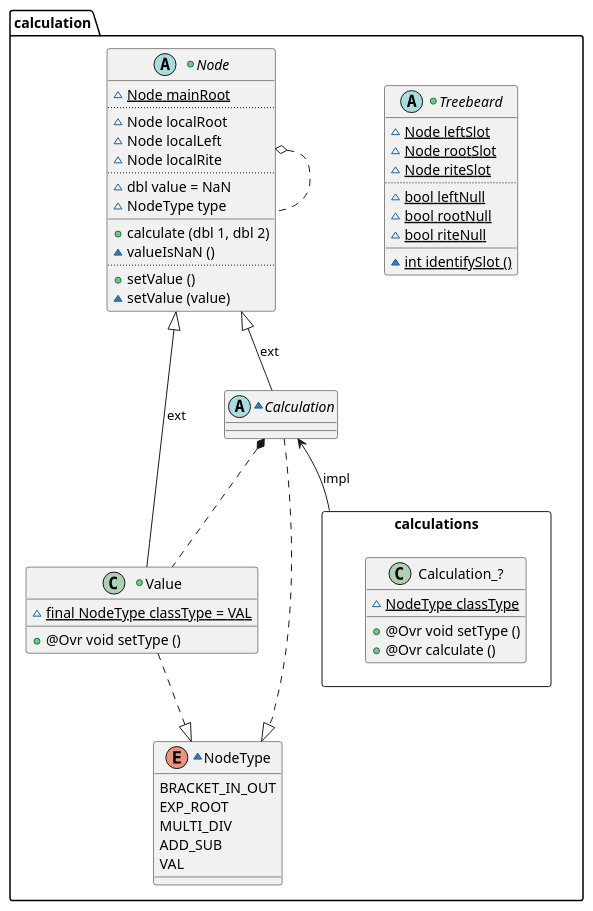
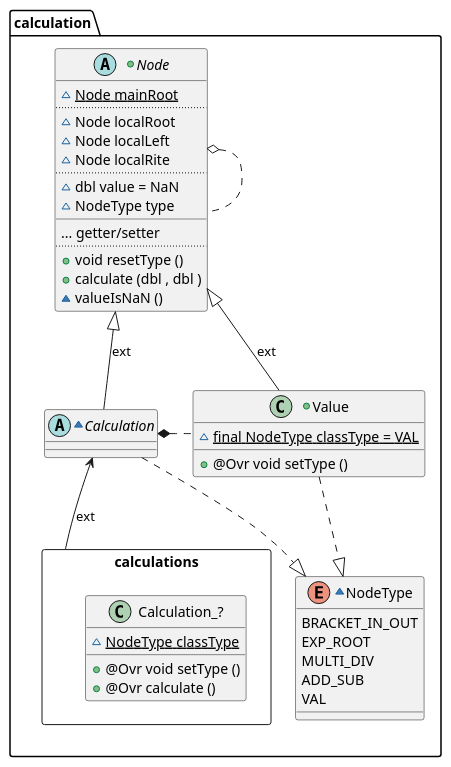
One commit to vitalispopoff/calculator changed the diagram in src/main/resources/package_calculation_strcucture.puml. Above: the diagram before and after it, drawn with PlantUML. The commit also changed 20 other files, not shown here.

```diff
--- a/src/main/resources/package_calculation_strcucture.puml
+++ b/src/main/resources/package_calculation_strcucture.puml
@@ -1,69 +1,71 @@
 @startuml
 
 package calculation{
 
-    +abstract Treebeard{
+/'    +abstract Treebeard{
             ~ {field} {static} Node leftSlot
             ~ {field} {static} Node rootSlot
             ~ {field} {static} Node riteSlot
         ..
             ~ {field} {static} bool leftNull
             ~ {field} {static} bool rootNull
             ~ {field} {static} bool riteNull
         __
             ~ {method} {static} int identifySlot ()
-    }
+    }'/
 
     +abstract Node{
-            ~ {static} Node mainRoot
+            ~   {static} Node mainRoot
         ..
-            ~ {field} Node localRoot
-            ~ {field} Node localLeft
-            ~ {field} Node localRite
+            ~   {field} Node localRoot
+            ~   {field} Node localLeft
+            ~   {field} Node localRite
         ..
-            ~ {field} dbl value = NaN
-            ~ {field} NodeType type
+            ~   {field} dbl value = NaN
+            ~   {field} NodeType type
         __
-            + {method} calculate (dbl 1, dbl 2)
-            ~ {method} valueIsNaN ()
+                {method} ... getter/setter
+'            +   {method} setValue ()
+'            ~   {method} setValue (value)
         ..
-            + {method} setValue ()
-            ~ {method} setValue (value)
+            +   {method} void resetType ()
+            +   {method} calculate (dbl , dbl )
+            ~   {method} valueIsNaN ()
     }
 
     +class Value{
-            ~ {static} final NodeType classType = VAL
+            ~   {static} final NodeType classType = VAL
             __
-            + {method} @Ovr void setType ()
+            +   {method} @Ovr void setType ()
     }
 
     ~abstract Calculation{
     }
 
     package calculations <<Rectangle>> {
         class Calculation_?{
                 ~ {field} {static} NodeType classType
             __
                 + {method} @Ovr void setType ()
                 + {method} @Ovr calculate ()
         }
     }
 
     ~enum NodeType{
         BRACKET_IN_OUT
         EXP_ROOT
         MULTI_DIV
         ADD_SUB
         VAL
     }
 }
 
-    Node            o..     Node
-    Node            <|--    Value           : ext
+    Node            o.     Node
+    Node            <|-    Value           : ext
     Node            <|--    Calculation     : ext
-    Calculation     <--     calculations    : impl
-    Calculation     *..     Value
-    Calculation     ..|>    NodeType
+    Calculation     <--     calculations    : ext
+    Calculation     *.     Value
+    Calculation     .|>    NodeType
     Value           ..|>    NodeType
 
 @enduml
```
